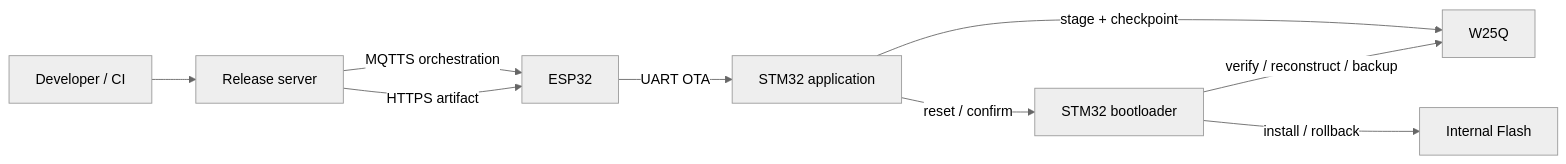
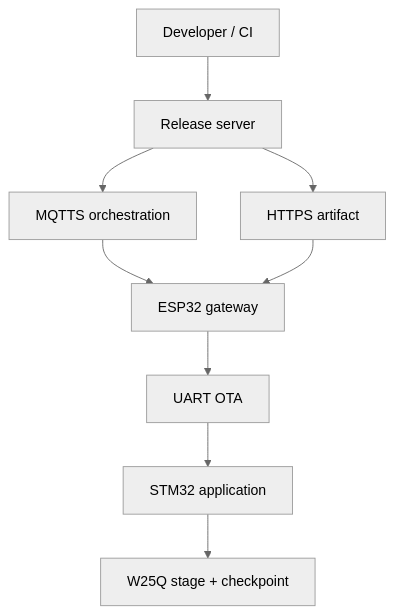
The first of 2 diagrams in docs/architecture.md (haikevins/secure-delta-ota-bootloader), drawn with Mermaid (neutral theme) before and after one commit. The commit also changed other lines of this file and 8 other files, not shown here.

````diff
--- a/docs/architecture.md
+++ b/docs/architecture.md
@@ -57,11 +61,11 @@
 ```mermaid
-flowchart LR
+flowchart TB
     CI["Developer / CI"] --> SRV["Release server"]
-    SRV -->|"MQTTS orchestration"| ESP["ESP32"]
-    SRV -->|"HTTPS artifact"| ESP
-    ESP -->|"UART OTA"| APP["STM32 application"]
-    APP -->|"stage + checkpoint"| EXT["W25Q"]
-    BL["STM32 bootloader"] -->|"verify / reconstruct / backup"| EXT
-    BL -->|"install / rollback"| IF["Internal Flash"]
-    APP -->|"reset / confirm"| BL
+    SRV --> CMD["MQTTS orchestration"]
+    SRV --> ART["HTTPS artifact"]
+    CMD --> ESP["ESP32 gateway"]
+    ART --> ESP
+    ESP --> UART["UART OTA"]
+    UART --> APP["STM32 application"]
+    APP --> EXT["W25Q stage + checkpoint"]
 ```
````
